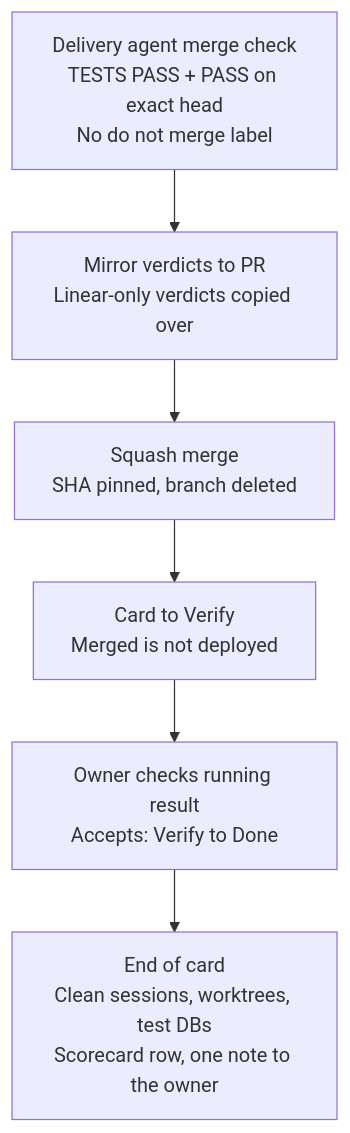
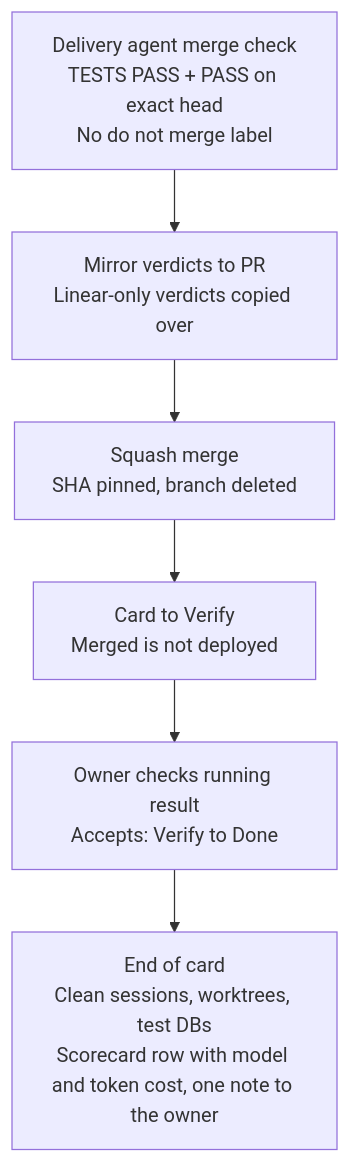
One commit to Maho1975/project-template changed the third of 3 diagrams in docs/delivery/workflow.md. Above: the diagram before and after it, drawn with Mermaid. The commit also changed other lines of this file and 2 other files, not shown here.

First line of the commit message:
Add the twelve delivery rules (tiers, repair limit, merge-main, scorecard) (#4)

````diff
--- a/docs/delivery/workflow.md
+++ b/docs/delivery/workflow.md
@@ -38,8 +38,8 @@
 ```mermaid
 flowchart TD
     A["Delivery agent merge check<br/>TESTS PASS + PASS on exact head<br/>No do not merge label"] --> B["Mirror verdicts to PR<br/>Linear-only verdicts copied over"]
     B --> C["Squash merge<br/>SHA pinned, branch deleted"]
     C --> D["Card to Verify<br/>Merged is not deployed"]
     D --> E["Owner checks running result<br/>Accepts: Verify to Done"]
-    E --> F["End of card<br/>Clean sessions, worktrees, test DBs<br/>Scorecard row, one note to the owner"]
+    E --> F["End of card<br/>Clean sessions, worktrees, test DBs<br/>Scorecard row with model and token cost, one note to the owner"]
 ```
````
